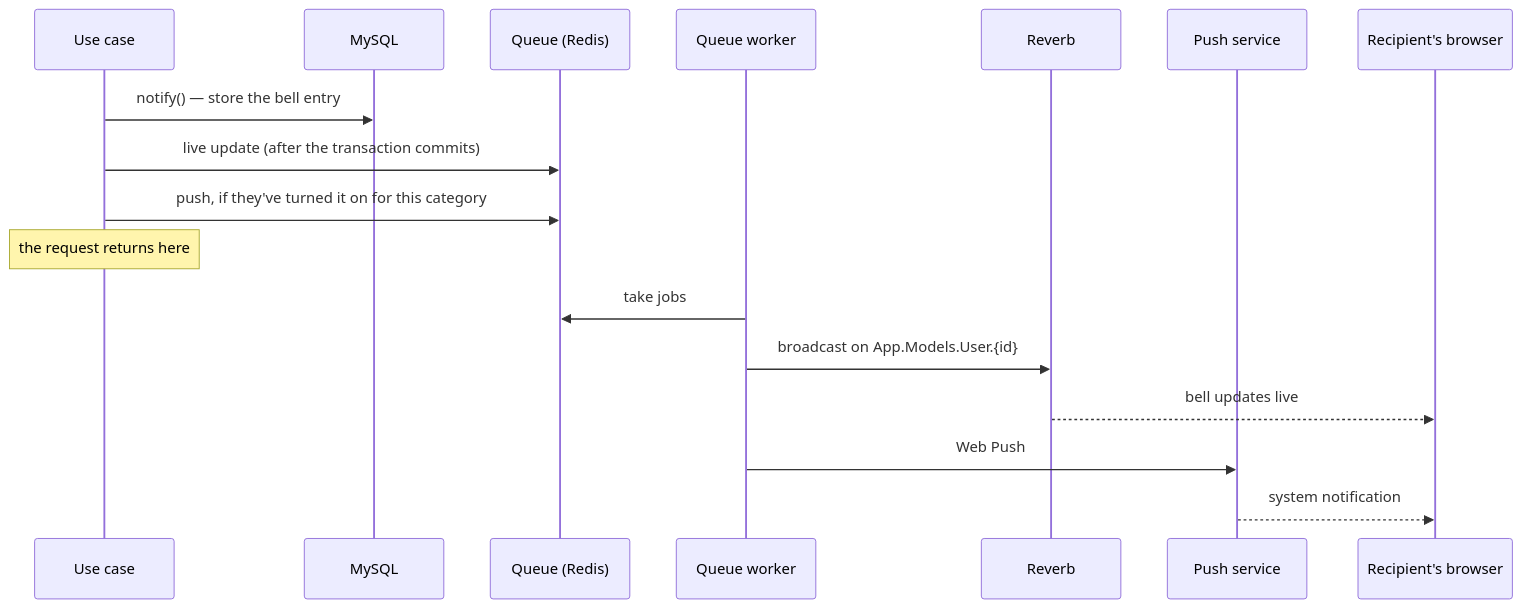
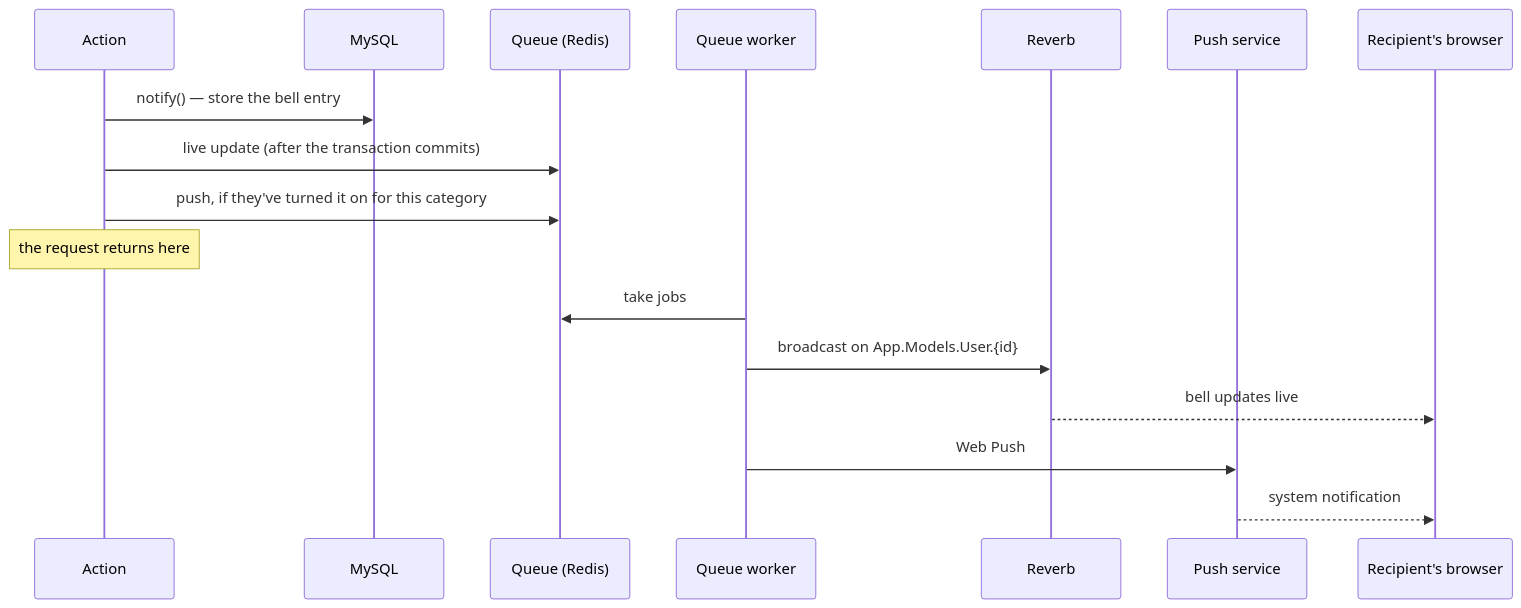
The fifth of 5 diagrams in README.md (owensanders/ryh), drawn with Mermaid before and after one commit. The commit also changed other lines of this file and 186 other files, not shown here.

````diff
--- a/README.md
+++ b/README.md
@@ -284,20 +284,20 @@
 ```mermaid
 sequenceDiagram
-    participant UC as Use case
+    participant UC as Action
     participant DB as MySQL
     participant Q as Queue (Redis)
     participant W as Queue worker
     participant R as Reverb
     participant P as Push service
     participant B as Recipient's browser
 
     UC->>DB: notify() — store the bell entry
     UC->>Q: live update (after the transaction commits)
     UC->>Q: push, if they've turned it on for this category
     Note over UC: the request returns here
     W->>Q: take jobs
     W->>R: broadcast on App.Models.User.{id}
     R-->>B: bell updates live
     W->>P: Web Push
     P-->>B: system notification
 ```
````
